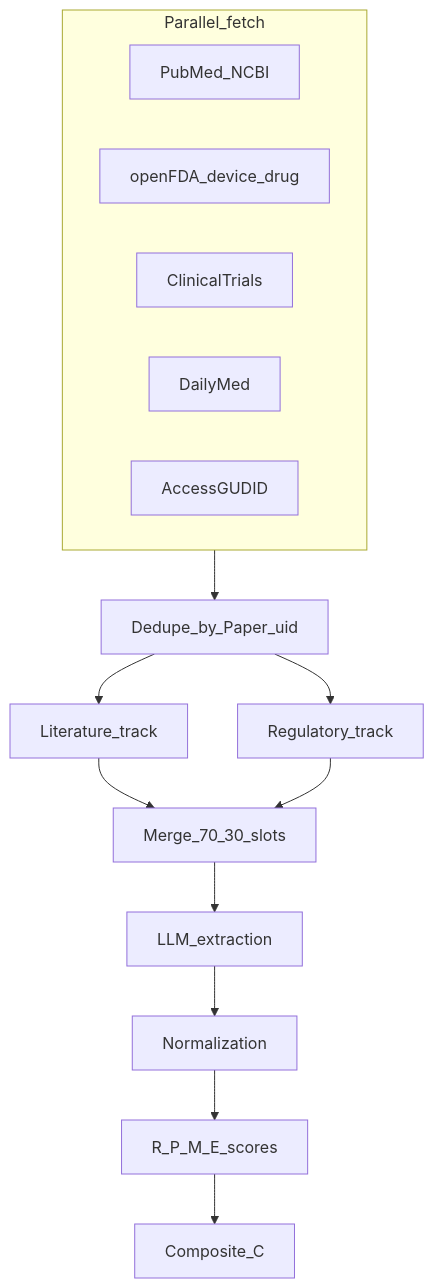
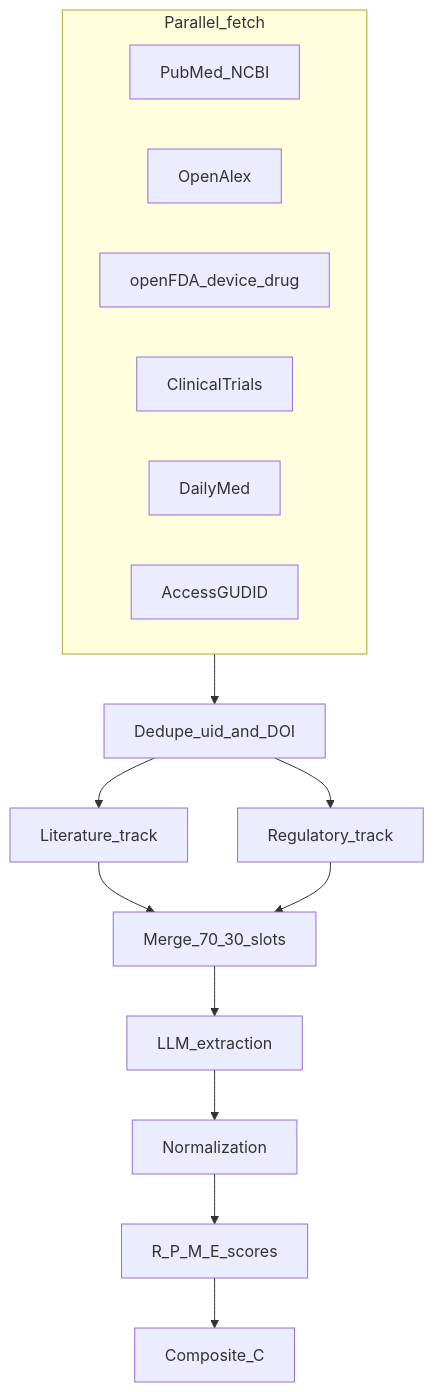
One commit to DisAnttto/PaperAnalysis changed the second of 3 diagrams in medlit-ranking-tool/DEVELOPER_NOTES.md. Above: the diagram before and after it, drawn with Mermaid. The commit also changed other lines of this file and 41 other files, not shown here.

````diff
--- a/medlit-ranking-tool/DEVELOPER_NOTES.md
+++ b/medlit-ranking-tool/DEVELOPER_NOTES.md
@@ -72,20 +76,21 @@
 ```mermaid
 flowchart TD
     subgraph sources [Parallel_fetch]
         PM[PubMed_NCBI]
+        OA[OpenAlex]
         OF[openFDA_device_drug]
         CT[ClinicalTrials]
         DM[DailyMed]
         GU[AccessGUDID]
     end
 
-    sources --> Dedup[Dedupe_by_Paper_uid]
+    sources --> Dedup[Dedupe_uid_and_DOI]
     Dedup --> Lit[Literature_track]
     Dedup --> Reg[Regulatory_track]
     Lit --> Merge[Merge_70_30_slots]
     Reg --> Merge
     Merge --> Extract[LLM_extraction]
     Extract --> Norm[Normalization]
     Norm --> RPME[R_P_M_E_scores]
     RPME --> Composite[Composite_C]
 ```
````
